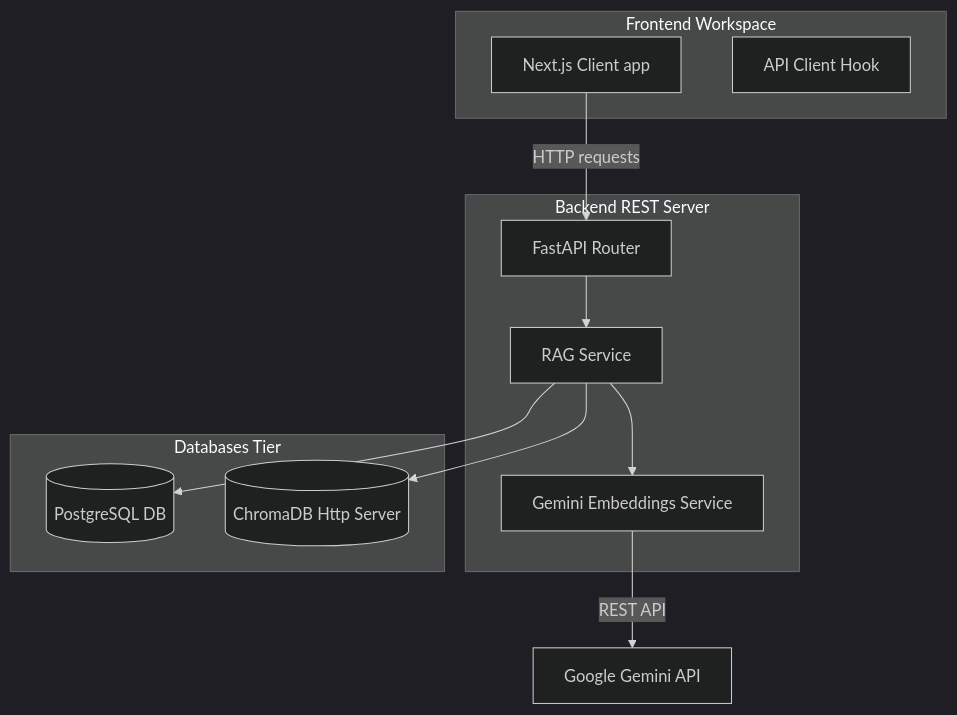
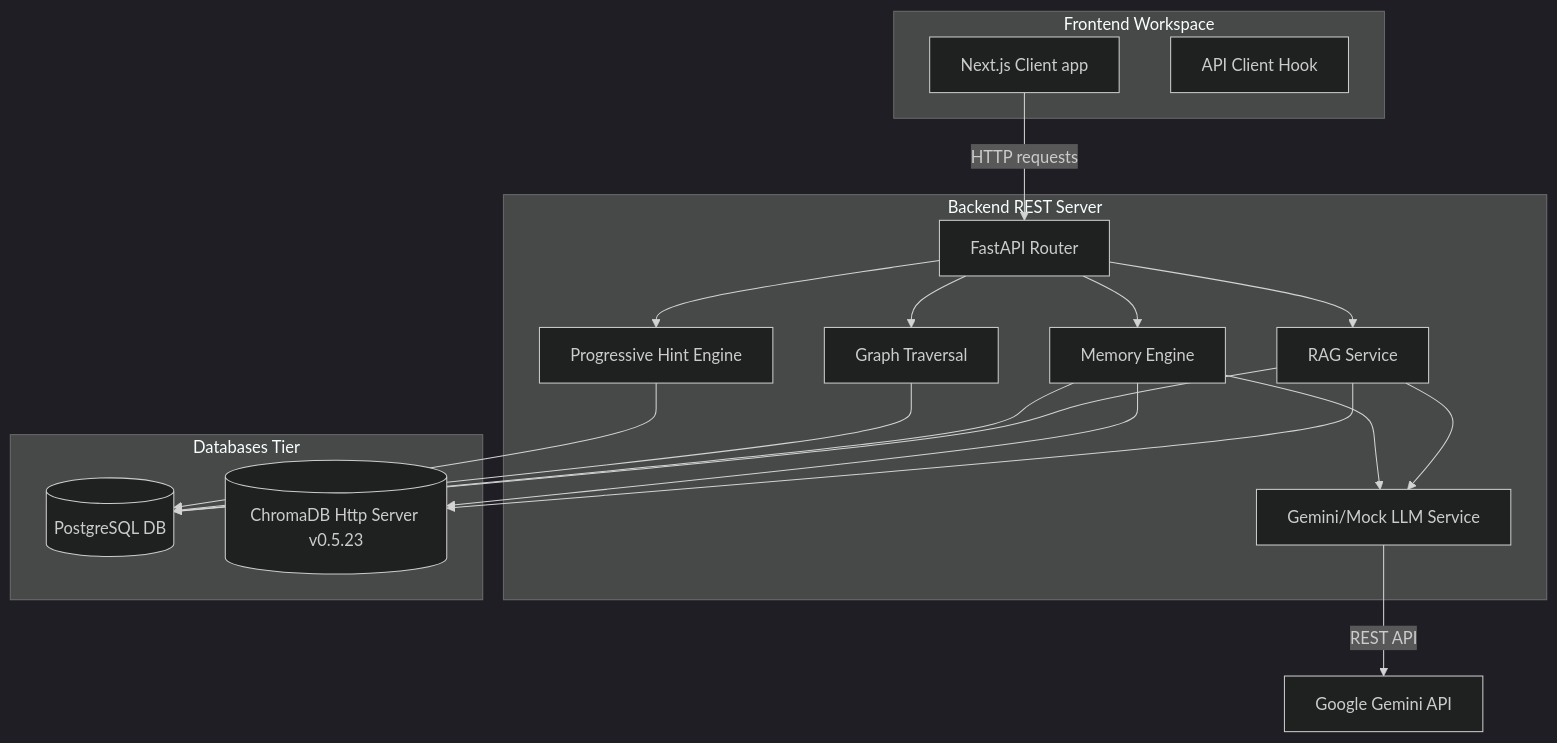
Before and after one commit to Abhinav-0311/GameMind: the first of 2 diagrams in ARCHITECTURE.md, drawn with Mermaid (dark theme). The commit also changed other lines of this file and 15 other files, not shown here.

````diff
--- a/ARCHITECTURE.md
+++ b/ARCHITECTURE.md
@@ -18,25 +18,36 @@
 ```mermaid
 graph TD
     subgraph Client [Frontend Workspace]
         UI[Next.js Client app]
         Lib[API Client Hook]
     end
 
     subgraph Server [Backend REST Server]
         API[FastAPI Router]
         RAG[RAG Service]
-        GeminiClient[Gemini Embeddings Service]
+        Graph[Graph Traversal]
+        Memory[Memory Engine]
+        Hints[Progressive Hint Engine]
+        GeminiClient[Gemini/Mock LLM Service]
     end
 
     subgraph Storage [Databases Tier]
         Postgres[(PostgreSQL DB)]
-        Chroma[(ChromaDB Http Server)]
+        Chroma[(ChromaDB Http Server v0.5.23)]
     end
 
     UI -->|HTTP requests| API
     API --> RAG
+    API --> Graph
+    API --> Memory
+    API --> Hints
     RAG --> Postgres
     RAG --> Chroma
+    Memory --> Chroma
+    Memory --> Postgres
+    Graph --> Postgres
+    Hints --> Postgres
     RAG --> GeminiClient
+    Memory --> GeminiClient
     GeminiClient -->|REST API| GeminiAPI[Google Gemini API]
 ```
````
